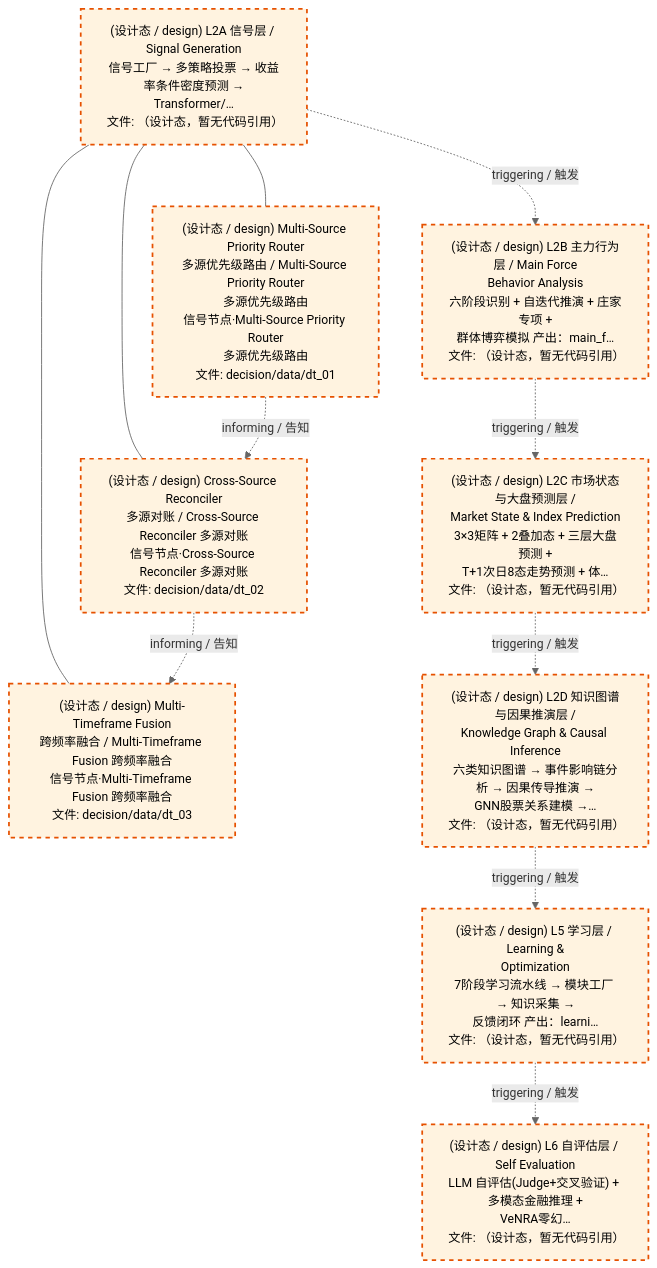
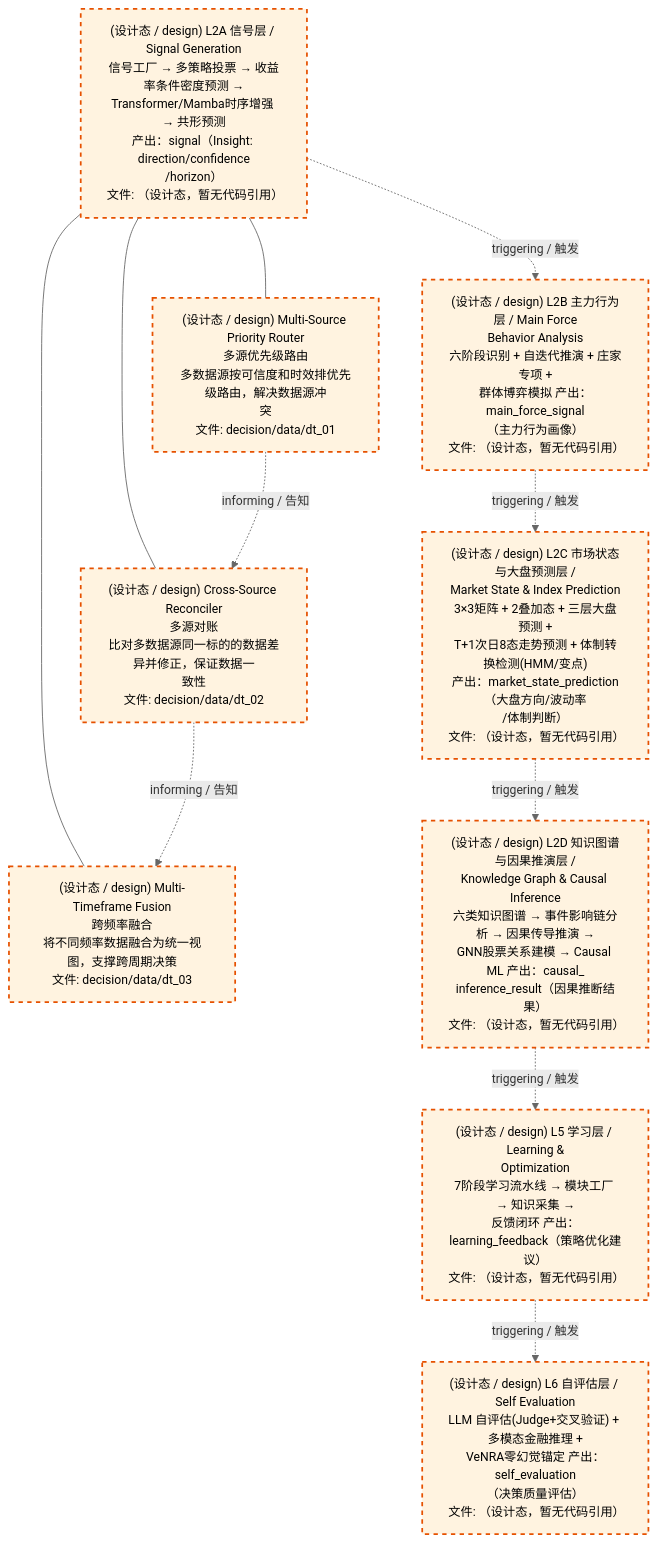
One commit to xuanFelixVan/ZephyrAlpha changed the second of 3 diagrams in docs/02_enterprise_architecture/06_decision_architecture/06_decision_l2a_data.md. Above: the diagram before and after it, drawn with Mermaid. The commit also changed other lines of this file and 25 other files, not shown here.

````diff
--- a/docs/02_enterprise_architecture/06_decision_architecture/06_decision_l2a_data.md
+++ b/docs/02_enterprise_architecture/06_decision_architecture/06_decision_l2a_data.md
@@ -97,28 +97,28 @@
 ```mermaid
 %%{init: {'theme': 'base', 'themeVariables': {'primaryColor': '#eaeaea', 'primaryTextColor': '#333333', 'primaryBorderColor': '#666666', 'lineColor': '#666666', 'secondaryColor': '#eaeaea', 'tertiaryColor': '#eaeaea', 'clusterBkg': 'transparent', 'clusterBorder': 'transparent', 'fontSize': '14px'}}}%%
 flowchart TD
-    LL2A["(设计态 / design) L2A 信号层 / Signal Generation<br/>信号工厂 → 多策略投票 → 收益率条件密度预测 →<br/>Transformer/…<br/>文件: （设计态，暂无代码引用）"]
-    N192["(设计态 / design) Multi-Source Priority Router<br/>多源优先级路由 / Multi-Source Priority Router<br/>多源优先级路由<br/>信号节点·Multi-Source Priority Router<br/>多源优先级路由<br/>文件: decision/data/dt_01"]
+    LL2A["(设计态 / design) L2A 信号层 / Signal Generation<br/>信号工厂 → 多策略投票 → 收益率条件密度预测 →<br/>Transformer/Mamba时序增强 → 共形预测<br/>产出：signal（Insight: direction/confidence<br/>/horizon）<br/>文件: （设计态，暂无代码引用）"]
+    N192["(设计态 / design) Multi-Source Priority Router<br/>多源优先级路由<br/>多数据源按可信度和时效排优先级路由，解决数据源冲<br/>突<br/>文件: decision/data/dt_01"]
     LL2A --- N192
-    N193["(设计态 / design) Cross-Source Reconciler<br/>多源对账 / Cross-Source Reconciler 多源对账<br/>信号节点·Cross-Source Reconciler 多源对账<br/>文件: decision/data/dt_02"]
+    N193["(设计态 / design) Cross-Source Reconciler<br/>多源对账<br/>比对多数据源同一标的的数据差异并修正，保证数据一<br/>致性<br/>文件: decision/data/dt_02"]
     LL2A --- N193
-    N194["(设计态 / design) Multi-Timeframe Fusion<br/>跨频率融合 / Multi-Timeframe Fusion 跨频率融合<br/>信号节点·Multi-Timeframe Fusion 跨频率融合<br/>文件: decision/data/dt_03"]
+    N194["(设计态 / design) Multi-Timeframe Fusion<br/>跨频率融合<br/>将不同频率数据融合为统一视图，支撑跨周期决策<br/>文件: decision/data/dt_03"]
     LL2A --- N194
-    LL2B["(设计态 / design) L2B 主力行为层 / Main Force<br/>Behavior Analysis<br/>六阶段识别 + 自迭代推演 + 庄家专项 +<br/>群体博弈模拟 产出：main_f…<br/>文件: （设计态，暂无代码引用）"]
-    LL2C["(设计态 / design) L2C 市场状态与大盘预测层 /<br/>Market State & Index Prediction<br/>3×3矩阵 + 2叠加态 + 三层大盘预测 +<br/>T+1次日8态走势预测 + 体…<br/>文件: （设计态，暂无代码引用）"]
-    LL2D["(设计态 / design) L2D 知识图谱与因果推演层 /<br/>Knowledge Graph & Causal Inference<br/>六类知识图谱 → 事件影响链分析 → 因果传导推演 →<br/>GNN股票关系建模 →…<br/>文件: （设计态，暂无代码引用）"]
-    LL5["(设计态 / design) L5 学习层 / Learning &<br/>Optimization<br/>7阶段学习流水线 → 模块工厂 → 知识采集 →<br/>反馈闭环 产出：learni…<br/>文件: （设计态，暂无代码引用）"]
-    LL6["(设计态 / design) L6 自评估层 / Self Evaluation<br/>LLM 自评估(Judge+交叉验证) + 多模态金融推理 +<br/>VeNRA零幻…<br/>文件: （设计态，暂无代码引用）"]
+    LL2B["(设计态 / design) L2B 主力行为层 / Main Force<br/>Behavior Analysis<br/>六阶段识别 + 自迭代推演 + 庄家专项 +<br/>群体博弈模拟 产出：main_force_signal<br/>（主力行为画像）<br/>文件: （设计态，暂无代码引用）"]
+    LL2C["(设计态 / design) L2C 市场状态与大盘预测层 /<br/>Market State & Index Prediction<br/>3×3矩阵 + 2叠加态 + 三层大盘预测 +<br/>T+1次日8态走势预测 + 体制转换检测(HMM/变点)<br/>产出：market_state_prediction（大盘方向/波动率<br/>/体制判断）<br/>文件: （设计态，暂无代码引用）"]
+    LL2D["(设计态 / design) L2D 知识图谱与因果推演层 /<br/>Knowledge Graph & Causal Inference<br/>六类知识图谱 → 事件影响链分析 → 因果传导推演 →<br/>GNN股票关系建模 → Causal ML 产出：causal_<br/>inference_result（因果推断结果）<br/>文件: （设计态，暂无代码引用）"]
+    LL5["(设计态 / design) L5 学习层 / Learning &<br/>Optimization<br/>7阶段学习流水线 → 模块工厂 → 知识采集 →<br/>反馈闭环 产出：learning_feedback（策略优化建议）<br/>文件: （设计态，暂无代码引用）"]
+    LL6["(设计态 / design) L6 自评估层 / Self Evaluation<br/>LLM 自评估(Judge+交叉验证) + 多模态金融推理 +<br/>VeNRA零幻觉锚定 产出：self_evaluation<br/>（决策质量评估）<br/>文件: （设计态，暂无代码引用）"]
     LL2A -.->|triggering / 触发| LL2B
     LL2B -.->|triggering / 触发| LL2C
     LL2C -.->|triggering / 触发| LL2D
     LL2D -.->|triggering / 触发| LL5
     LL5 -.->|triggering / 触发| LL6
     N192 -.->|informing / 告知| N193
     N193 -.->|informing / 告知| N194
     classDef production fill:#e1f5fe,stroke:#01579b,stroke-width:2px,color:#000
     classDef design fill:#fff3e0,stroke:#e65100,stroke-width:2px,color:#000,stroke-dasharray: 5 5
     classDef external_prod fill:#e8f4fd,stroke:#0277bd,stroke-width:1px,color:#000
     classDef external_design fill:#fff8e7,stroke:#ef6c00,stroke-width:1px,color:#000,stroke-dasharray: 5 5
     class LL2A,N192,N193,N194,LL2B,LL2C,LL2D,LL5,LL6 design
 ```
````
